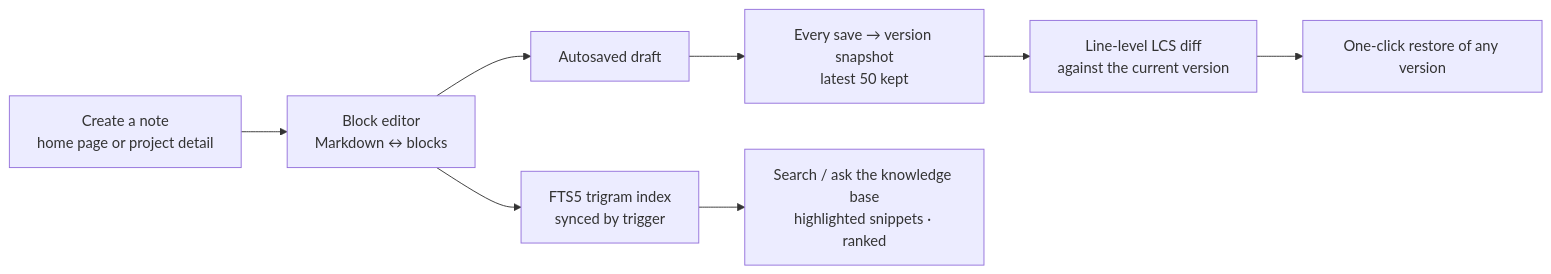
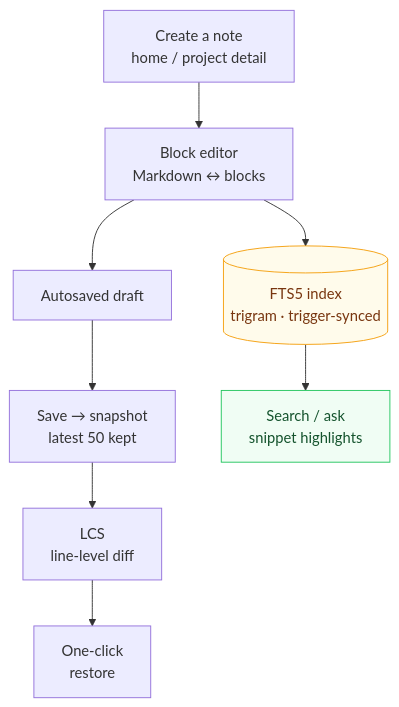
Before and after one commit to sky-jiangcheng/RepoNest: the diagram in docs/en/features/knowledge.md, drawn with Mermaid. The commit also changed 14 other files, not shown here.

First line of the commit message:
docs(diagrams): 全站 mermaid 图重构 — 告别'宽扁香肠'布局

````diff
--- a/docs/en/features/knowledge.md
+++ b/docs/en/features/knowledge.md
@@ -10,10 +10,14 @@
 ```mermaid
-flowchart LR
-    NEW["Create a note<br/>home page or project detail"] --> ED["Block editor<br/>Markdown ↔ blocks"]
+flowchart TB
+    NEW["Create a note<br/>home / project detail"] --> ED["Block editor<br/>Markdown ↔ blocks"]
     ED --> AUTO["Autosaved draft"]
-    AUTO --> SNAP["Every save → version snapshot<br/>latest 50 kept"]
-    SNAP --> DIFF["Line-level LCS diff<br/>against the current version"]
-    DIFF --> BACK["One-click restore of any version"]
-    ED --> IDX["FTS5 trigram index<br/>synced by trigger"]
-    IDX --> SEARCH["Search / ask the knowledge base<br/>highlighted snippets · ranked"]
+    AUTO --> SNAP["Save → snapshot<br/>latest 50 kept"]
+    SNAP --> DIFF["LCS<br/>line-level diff"]
+    DIFF --> BACK["One-click<br/>restore"]
+    ED --> IDX[("FTS5 index<br/>trigram · trigger-synced")]
+    IDX --> SEARCH["Search / ask<br/>snippet highlights"]
+        classDef store fill:#fffbeb,stroke:#f59e0b,color:#78350f
+        classDef read fill:#f0fdf4,stroke:#22c55e,color:#14532d
+    class IDX store
+    class SEARCH read
 ```
````
